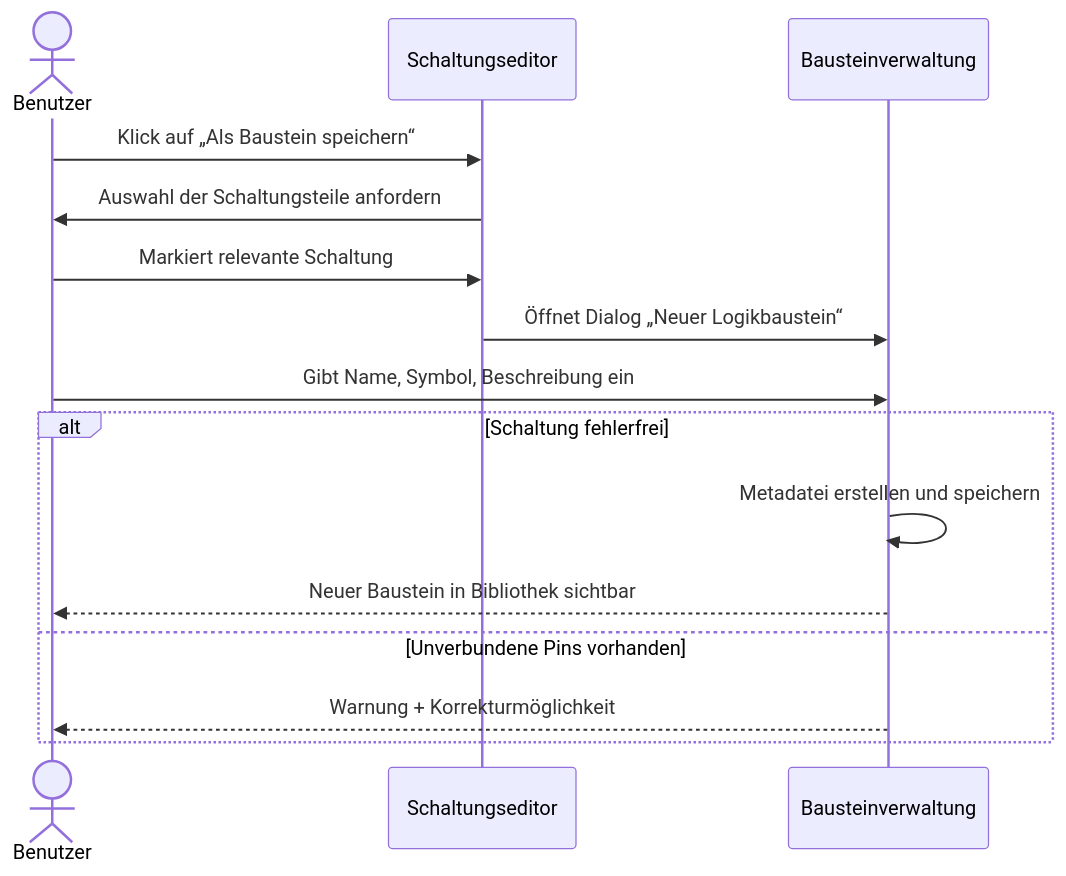
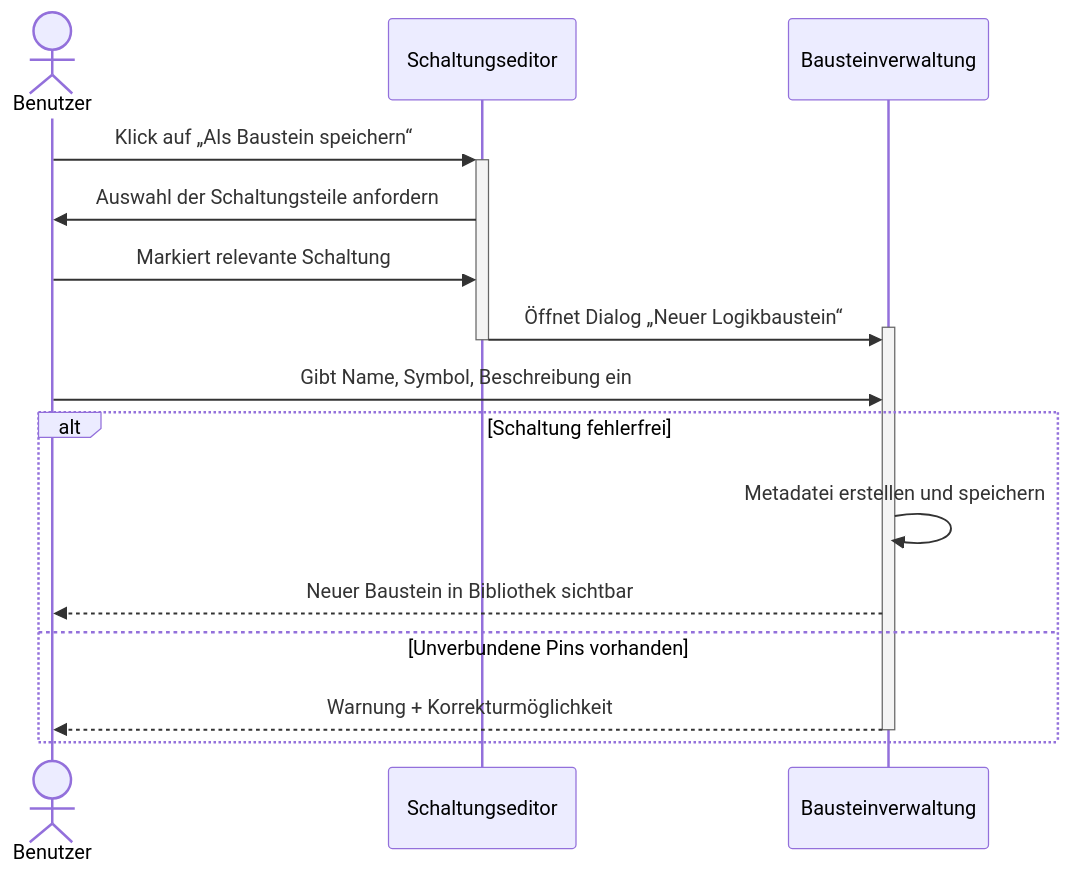
Before and after one commit to SimonJ2222/BitFlow: the fourth of 22 diagrams in docs/use_cases/software_requirements_specification.md, drawn with Mermaid. The commit also changed other lines of this file, not shown here.

Commit message:
Added activations and deactivations to all Sequence Diagrams

````diff
--- a/docs/use_cases/software_requirements_specification.md
+++ b/docs/use_cases/software_requirements_specification.md
@@ -253,19 +253,20 @@
 ```mermaid
 sequenceDiagram
     actor Benutzer
     participant Editor as Schaltungseditor
     participant System as Bausteinverwaltung
 
-    Benutzer ->> Editor: Klick auf „Als Baustein speichern“
+    Benutzer ->>+ Editor: Klick auf „Als Baustein speichern“
     Editor ->> Benutzer: Auswahl der Schaltungsteile anfordern
     Benutzer ->> Editor: Markiert relevante Schaltung
-    Editor ->> System: Öffnet Dialog „Neuer Logikbaustein“
+    Editor ->>+ System: Öffnet Dialog „Neuer Logikbaustein“
+    deactivate Editor
     Benutzer ->> System: Gibt Name, Symbol, Beschreibung ein
     alt Schaltung fehlerfrei
         System ->> System: Metadatei erstellen und speichern
         System -->> Benutzer: Neuer Baustein in Bibliothek sichtbar
     else Unverbundene Pins vorhanden
-        System -->> Benutzer: Warnung + Korrekturmöglichkeit
+        System -->>- Benutzer: Warnung + Korrekturmöglichkeit
     end
 
 ```
````
